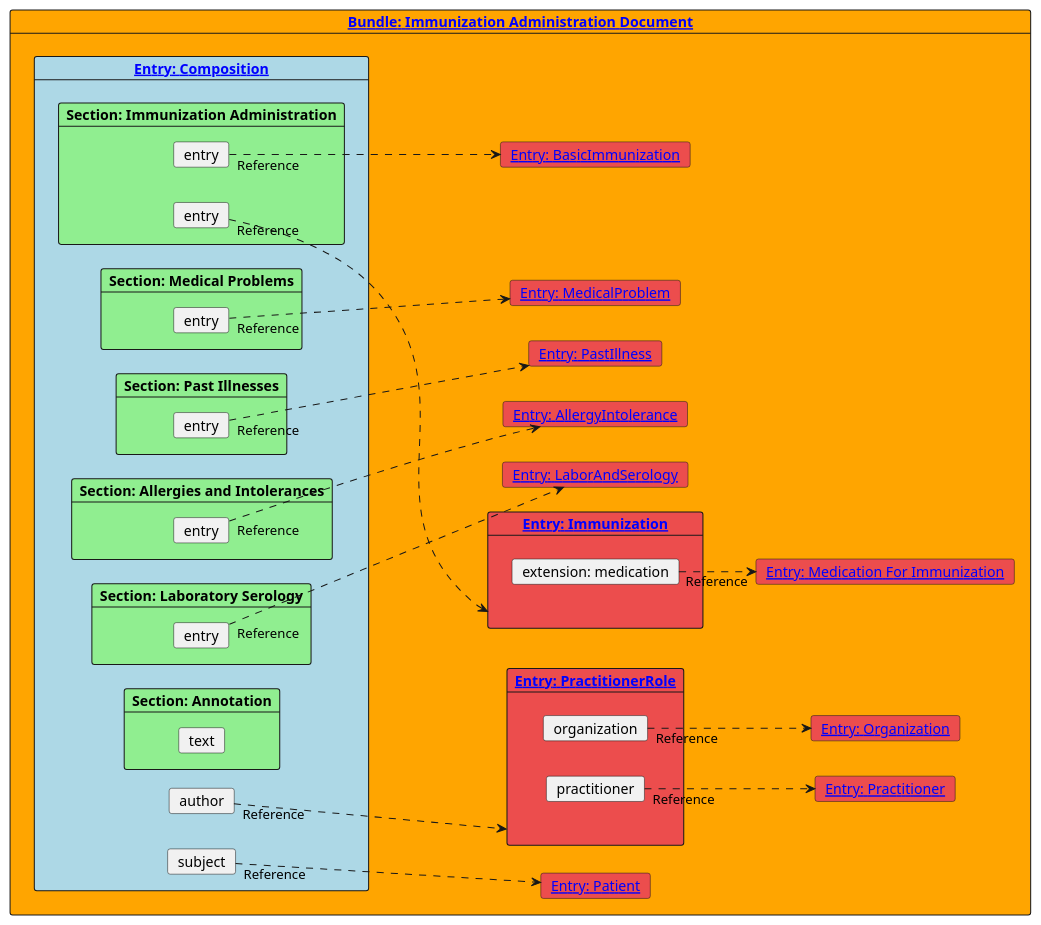
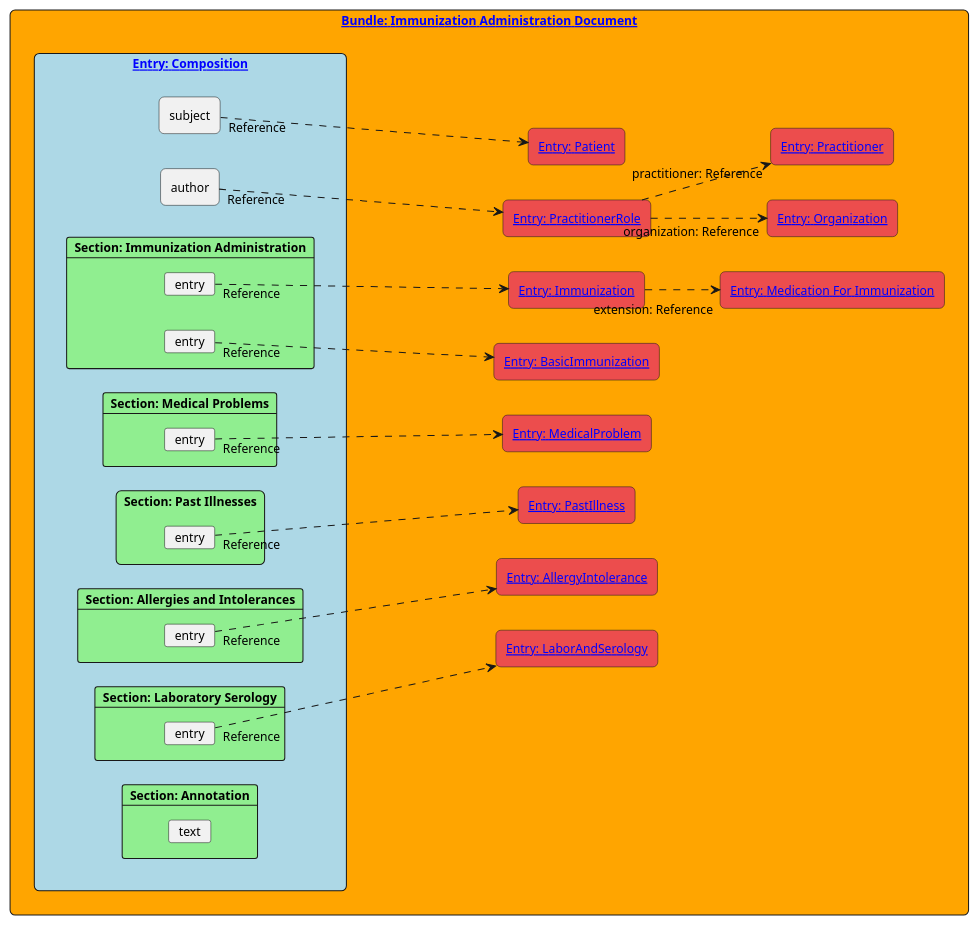
The diagram in input/images-source/immunization-administration-document-elements.plantuml (hl7ch/ch-vacd), drawn with PlantUML before and after one commit. The commit also changed 3 other files, not shown here.

Commit message:
diagramms with some improvements

```diff
--- a/input/images-source/immunization-administration-document-elements.plantuml
+++ b/input/images-source/immunization-administration-document-elements.plantuml
@@ -1,72 +1,97 @@
 @startuml
+skinparam shadowing false
+skinparam rectangle {
+    roundCorner 10
+}
+
+skinparam linetype straight
+skinparam defaultFontSize 12
+
 left to right direction
 
-card "[[StructureDefinition-ch-vacd-document-immunization-administration.html Bundle: Immunization Administration Document]]" as document #Orange {
- card "[[StructureDefinition-ch-vacd-composition-immunization-administration.html Entry: Composition]]" as composition #Lightblue  {
-    card subject
-    card author
-    
-    card "Section: Immunization Administration" #LightGreen {
-        card entry as entry1.1
-        card entry as entry1.2
-    }
-    card "Section: Medical Problems" #LightGreen {
-        card entry as entry2.1
-    }
-    card "Section: Past Illnesses" #LightGreen {
-        card entry as entry3.1
-    }
-    card "Section: Allergies and Intolerances" #LightGreen {
-        card entry as entry4.1
-    }
-    card "Section: Laboratory Serology" #LightGreen {
-        card entry as entry5.1
-    }
-    card "Section: Annotation" #LightGreen {
-        card "text"
+
+rectangle "[[StructureDefinition-ch-vacd-document-immunization-administration.html Bundle: Immunization Administration Document]]" as document #Orange {
+
+    rectangle "[[StructureDefinition-ch-vacd-composition-immunization-administration.html Entry: Composition]]" as composition #Lightblue  {
+        together {
+            rectangle author
+            rectangle subject
+        }
+
+        together {
+            card "Section: Immunization Administration" #LightGreen {
+                card entry as entry1.1
+                card entry as entry1.2
+            }
+            card "Section: Medical Problems" #LightGreen {
+                card entry as entry2.1
+            }
+            rectangle "Section: Past Illnesses" #LightGreen {
+                card entry as entry3.1
+            }
+            card "Section: Allergies and Intolerances" #LightGreen {
+                card entry as entry4.1
+            }
+            card "Section: Laboratory Serology" #LightGreen {
+                card entry as entry5.1
+            }
+            card "Section: Annotation" #LightGreen {
+                card "text"
+            }
+        }
     }
 
- }
- card "[[http://fhir.ch/ig/ch-core/StructureDefinition/ch-core-patient-epr Entry: Patient]]" as patient #ec4d4dff {
- }
- card "[[http://fhir.ch/ig/ch-core/StructureDefinition/ch-core-practitionerrole-epr Entry: PractitionerRole]]" as practitionerrole #ec4d4dff {
-   card practitioner as practitioner1
-   card organization as organization1
- }
- card "[[http://fhir.ch/ig/ch-core/StructureDefinition/ch-core-practitioner-epr Entry: Practitioner]]" as practitioner #ec4d4dff {
- }
- card "[[http://fhir.ch/ig/ch-core/StructureDefinition/ch-core-organization-epr Entry: Organization]]" as organization #ec4d4dff {
- }
- card "[[StructureDefinition-ch-vacd-immunization.html Entry: Immunization]]" as immunization1 #ec4d4dff {
-    card "extension: medication" as extimmunmedi
- }
- card "[[StructureDefinition-ch-vacd-medication-for-immunization.html Entry: Medication For Immunization]]" as mediforimmun #ec4d4dff {
- }
- card "[[StructureDefinition-ch-vacd-basic-immunization.html Entry: BasicImmunization]]" as basicimmunization #ec4d4dff {
- }
- card "[[StructureDefinition-ch-vacd-medical-problems.html Entry: MedicalProblem]]" as medicalproblem #ec4d4dff {
- }
- card "[[StructureDefinition-ch-vacd-pastillnesses.html Entry: PastIllness]]" as pastillness #ec4d4dff {
- }
- card "[[StructureDefinition-ch-vacd-allergyintolerances.html Entry: AllergyIntolerance]]" as allergyintolerance #ec4d4dff {
- }
- card "[[StructureDefinition-ch-vacd-laboratory-serology.html Entry: LaborAndSerology]]" as laborandserology #ec4d4dff {
- }
+    together {
+        rectangle "[[http://fhir.ch/ig/ch-core/StructureDefinition/ch-core-patient-epr Entry: Patient]]" as patient #ec4d4dff {
+        }
 
-practitioner1 "Reference"..> practitioner
-organization1 "Reference"..> organization
+        rectangle "[[http://fhir.ch/ig/ch-core/StructureDefinition/ch-core-practitionerrole-epr Entry: PractitionerRole]]" as practitionerrole #ec4d4dff {
+        }
+
+
+        rectangle "[[StructureDefinition-ch-vacd-immunization.html Entry: Immunization]]" as immunization1 #ec4d4dff {
+        }
+
+        rectangle "[[StructureDefinition-ch-vacd-basic-immunization.html Entry: BasicImmunization]]" as basicimmunization #ec4d4dff {
+        }
+        rectangle "[[StructureDefinition-ch-vacd-medical-problems.html Entry: MedicalProblem]]" as medicalproblem #ec4d4dff {
+        }
+        rectangle "[[StructureDefinition-ch-vacd-pastillnesses.html Entry: PastIllness]]" as pastillness #ec4d4dff {
+        }
+        rectangle "[[StructureDefinition-ch-vacd-allergyintolerances.html Entry: AllergyIntolerance]]" as allergyintolerance #ec4d4dff {
+        }
+        rectangle "[[StructureDefinition-ch-vacd-laboratory-serology.html Entry: LaborAndSerology]]" as laborandserology #ec4d4dff {
+        }
+
+    }
+    together {
+        rectangle "[[http://fhir.ch/ig/ch-core/StructureDefinition/ch-core-practitioner-epr Entry: Practitioner]]" as practitioner #ec4d4dff {
+        }
+        rectangle "[[http://fhir.ch/ig/ch-core/StructureDefinition/ch-core-organization-epr Entry: Organization]]" as organization #ec4d4dff {
+        }
+
+        rectangle "[[StructureDefinition-ch-vacd-medication-for-immunization.html Entry: Medication For Immunization]]" as mediforimmun #ec4d4dff {
+        }
+    }
+}
 
 
 subject "Reference"..> patient
 author "Reference"..> practitionerrole
+practitionerrole ..>"organization: Reference" organization
+practitionerrole ..>"practitioner: Reference" practitioner
+
 entry1.1 "Reference"..> immunization1
-extimmunmedi "Reference"..> mediforimmun
+immunization1 ..>"extension: Reference" mediforimmun
 entry1.2 "Reference"..> basicimmunization
+
 entry2.1 "Reference"..> medicalproblem
+
 entry3.1 "Reference"..> pastillness
+
 entry4.1 "Reference"..> allergyintolerance
+
 entry5.1 "Reference"..> laborandserology
 
-}
 
 @enduml
```
